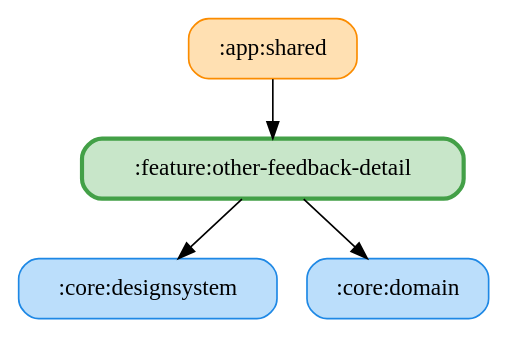
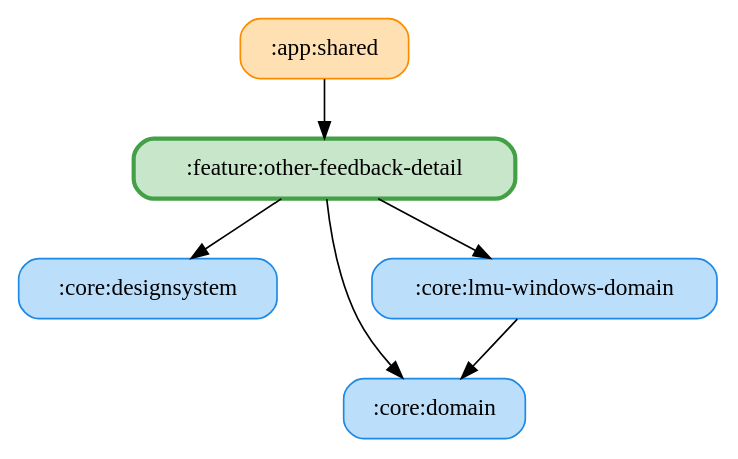
One commit to ai-kurou/KoDriver changed the diagram in docs/graphs/feature-other-feedback-detail.gv. Above: the diagram before and after it, drawn with Graphviz. The commit also changed 17 other files, not shown here.

Commit message:
chore: update module graph images

```diff
--- a/docs/graphs/feature-other-feedback-detail.gv
+++ b/docs/graphs/feature-other-feedback-detail.gv
@@ -1,11 +1,14 @@
 digraph G {
   rankdir=TB
   node [shape=box, style="rounded,filled"]
   ":app:shared" [fillcolor="#FFE0B2", color="#FB8C00", penwidth=1]
   ":core:designsystem" [fillcolor="#BBDEFB", color="#1E88E5", penwidth=1]
   ":core:domain" [fillcolor="#BBDEFB", color="#1E88E5", penwidth=1]
+  ":core:lmu-windows-domain" [fillcolor="#BBDEFB", color="#1E88E5", penwidth=1]
   ":feature:other-feedback-detail" [fillcolor="#C8E6C9", color="#43A047", penwidth=2.5]
   ":app:shared" -> ":feature:other-feedback-detail"
+  ":core:lmu-windows-domain" -> ":core:domain"
   ":feature:other-feedback-detail" -> ":core:domain"
   ":feature:other-feedback-detail" -> ":core:designsystem"
+  ":feature:other-feedback-detail" -> ":core:lmu-windows-domain"
 }
```
